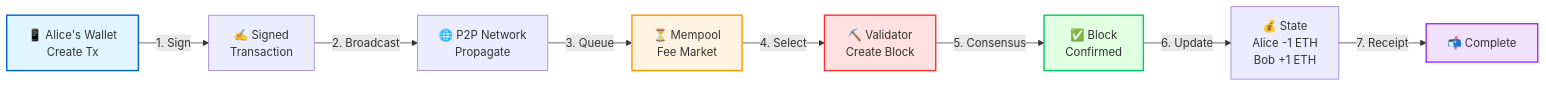
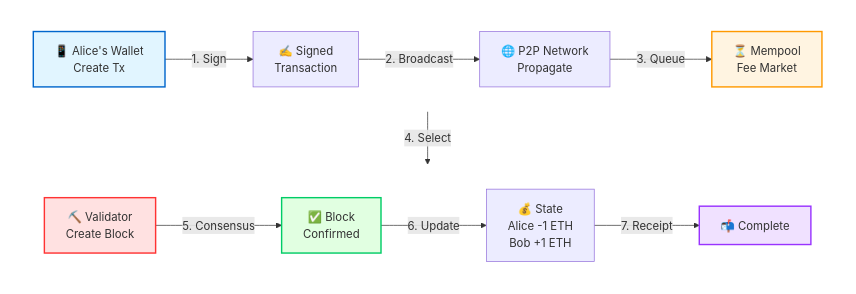
The first of 7 diagrams in Chapter2.md (MaxGnesi/Blockchain-101), drawn with Mermaid before and after one commit.

Commit message:
Update transaction journey diagram and formatting

````diff
--- a/Chapter2.md
+++ b/Chapter2.md
@@ -9,16 +9,26 @@
 ```mermaid
-graph LR
-    A["📱 Alice's Wallet<br/>Create Tx"] -->|1. Sign| B["✍️ Signed<br/>Transaction"]
-    B -->|2. Broadcast| C["🌐 P2P Network<br/>Propagate"]
-    C -->|3. Queue| D["⏳ Mempool<br/>Fee Market"]
-    D -->|4. Select| E["⛏️ Validator<br/>Create Block"]
-    E -->|5. Consensus| F["✅ Block<br/>Confirmed"]
-    F -->|6. Update| G["💰 State<br/>Alice -1 ETH<br/>Bob +1 ETH"]
-    G -->|7. Receipt| H["📬 Complete"]
+graph TB
+    subgraph Row1[" "]
+        direction LR
+        A["📱 Alice's Wallet<br/>Create Tx"] -->|1. Sign| B["✍️ Signed<br/>Transaction"]
+        B -->|2. Broadcast| C["🌐 P2P Network<br/>Propagate"]
+        C -->|3. Queue| D["⏳ Mempool<br/>Fee Market"]
+    end
+    
+    subgraph Row2[" "]
+        direction LR
+        E["⛏️ Validator<br/>Create Block"] -->|5. Consensus| F["✅ Block<br/>Confirmed"]
+        F -->|6. Update| G["💰 State<br/>Alice -1 ETH<br/>Bob +1 ETH"]
+        G -->|7. Receipt| H["📬 Complete"]
+    end
+    
+    D -->|4. Select| E
     
     style A fill:#e1f5ff,stroke:#0066cc,stroke-width:2px
     style D fill:#fff4e1,stroke:#ff9900,stroke-width:2px
     style E fill:#ffe1e1,stroke:#ff3333,stroke-width:2px
     style F fill:#e1ffe1,stroke:#00cc66,stroke-width:2px
     style H fill:#f0e1ff,stroke:#9933ff,stroke-width:2px
+    style Row1 fill:none,stroke:none
+    style Row2 fill:none,stroke:none
 ```
````
